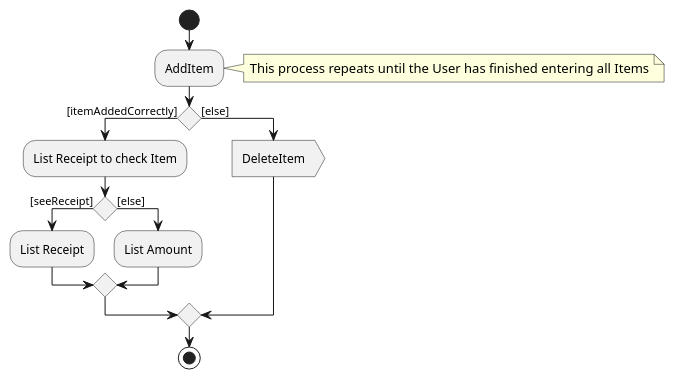
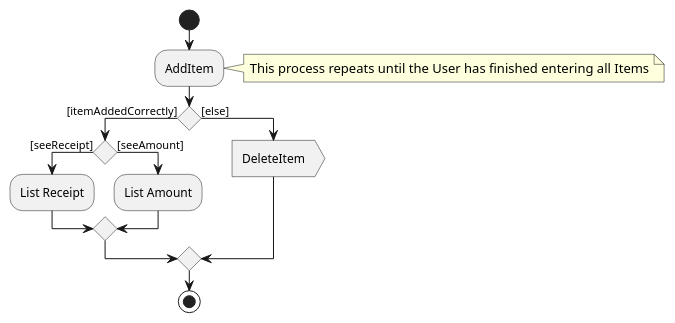
The diagram in docs/diagrams/ExpenseSplitterActivityDiagram.puml (nus-cs2103-AY1920S2/addressbook-level3), drawn with PlantUML before and after one commit.

Commit message:
updated Expense Splitter activity diagram

```diff
--- a/docs/diagrams/ExpenseSplitterActivityDiagram.puml
+++ b/docs/diagrams/ExpenseSplitterActivityDiagram.puml
@@ -1,22 +1,19 @@
 @startuml
 start
 :AddItem;
 note right: This process repeats until the User has finished entering all Items
 
 if () then ([itemAddedCorrectly])
-  :List Receipt to check Item;
-
 
   if () then ([seeReceipt])
     :List Receipt;
-  else ([else])
+  else ([seeAmount])
     :List Amount;
   endif
-
 else ([else])
   :DeleteItem>
 endif
 stop
 
 
 @enduml
```
